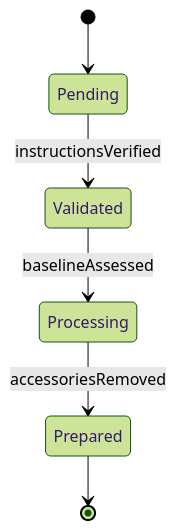
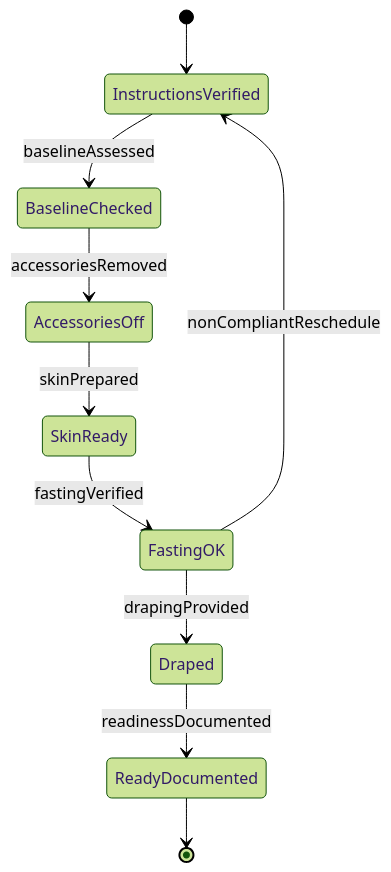
The second of 4 diagrams in AssistingAndCaringForOthers/AssistHealthcarePractitionersDuringMedicalProcedures/PreparePatientsPhysicallyMedicalProcedures.mdx (dot-org-ai/tasks.org.ai), drawn with Mermaid (forest theme) before and after one commit. The commit also changed other lines of this file and 32 other files, not shown here.

First line of the commit message:
fix: Improve ER and State diagrams in 32 AssistingAndCaringForOthers DWA files

````diff
--- a/AssistingAndCaringForOthers/AssistHealthcarePractitionersDuringMedicalProcedures/PreparePatientsPhysicallyMedicalProcedures.mdx
+++ b/AssistingAndCaringForOthers/AssistHealthcarePractitionersDuringMedicalProcedures/PreparePatientsPhysicallyMedicalProcedures.mdx
@@ -99,8 +99,12 @@
 ```mermaid
 stateDiagram-v2
-    [*] --> Pending
-    Pending --> Validated : instructionsVerified
-    Validated --> Processing : baselineAssessed
-    Processing --> Prepared : accessoriesRemoved
-    Prepared --> [*]
+    [*] --> InstructionsVerified
+    InstructionsVerified --> BaselineChecked : baselineAssessed
+    BaselineChecked --> AccessoriesOff : accessoriesRemoved
+    AccessoriesOff --> SkinReady : skinPrepared
+    SkinReady --> FastingOK : fastingVerified
+    FastingOK --> Draped : drapingProvided
+    Draped --> ReadyDocumented : readinessDocumented
+    ReadyDocumented --> [*]
+    FastingOK --> InstructionsVerified : nonCompliantReschedule
 ```
````
